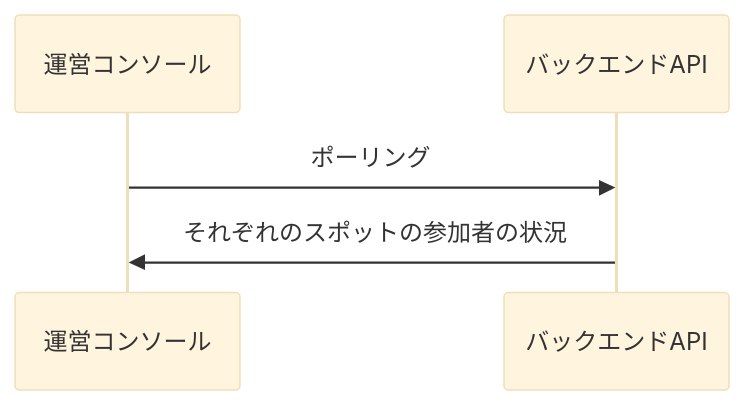
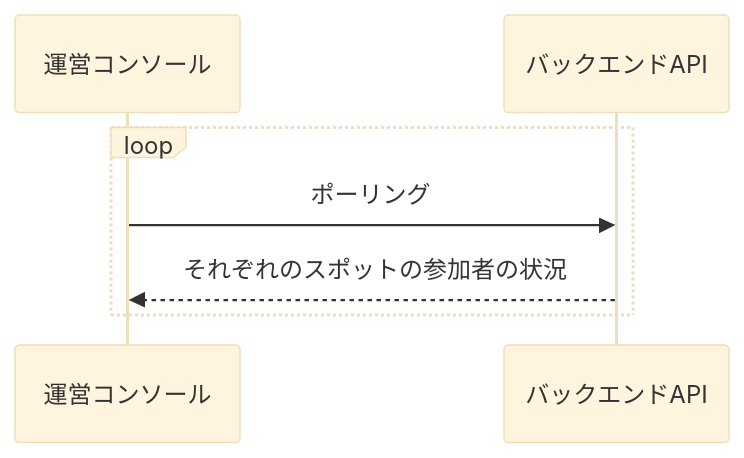
Before and after one commit to after-school-garbage-squad/repaint-architecture: the ninth of 13 diagrams in docs/sequence/admin.md, drawn with Mermaid (base theme). The commit also changed other lines of this file and 3 other files, not shown here.

````diff
--- a/docs/sequence/admin.md
+++ b/docs/sequence/admin.md
@@ -106,8 +106,9 @@
 ```mermaid
 sequenceDiagram
     participant web as 運営コンソール
     participant back as バックエンドAPI
-    web ->> back: ポーリング
-    back ->> web: それぞれのスポットの参加者の状況
-    
+    loop
+        web ->> back: ポーリング
+        back -->> web: それぞれのスポットの参加者の状況
+    end
 ```
````
